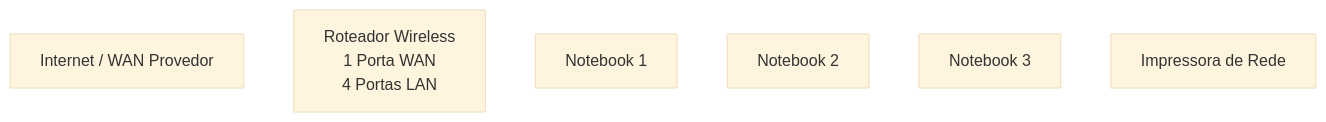
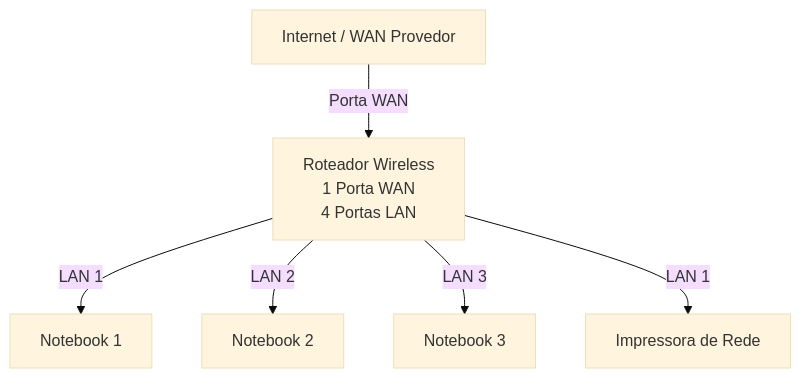
The diagram in README.md (lbruss/lab-redes01), drawn with Mermaid (base theme) before and after one commit.

````diff
--- a/README.md
+++ b/README.md
@@ -37,15 +37,20 @@
 ```mermaid
 graph TD
 
 WAN[Internet / WAN Provedor]
 
 Router[Roteador Wireless<br>1 Porta WAN<br>4 Portas LAN]
 
 PC1[Notebook 1]
 PC2[Notebook 2]
 PC3[Notebook 3]
 
 Printer[Impressora de Rede]
 
-WAN
+WAN --> |Porta WAN| Router
+
+Router --> |LAN 1| PC1
+Router --> |LAN 2| PC2
+Router --> |LAN 3| PC3
+Router --> |LAN 1| Printer                                                   
 ```
````
